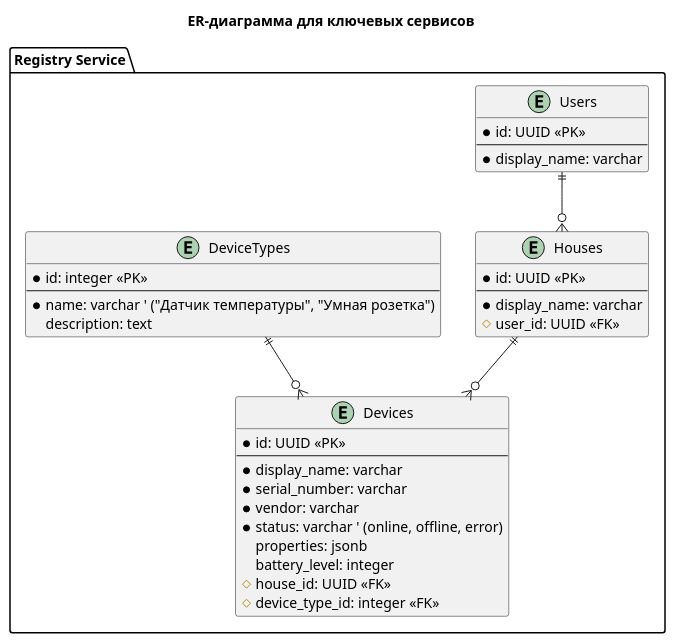
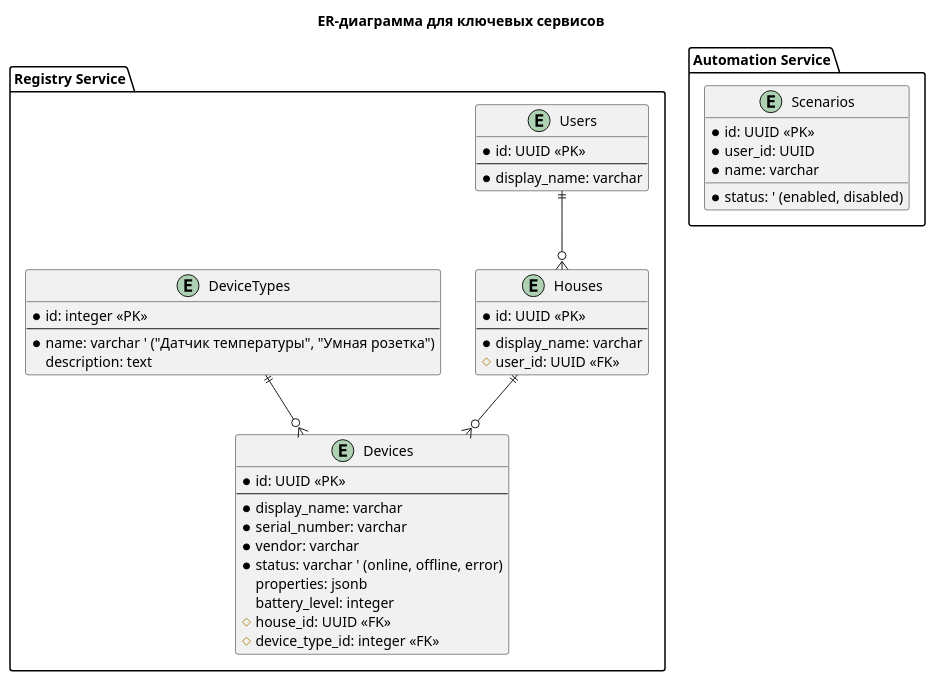
One commit to Manjago/arch-pro-sprint1 changed the diagram in docs/diagrams/ER_Diagram_CoreServices.puml. Above: the diagram before and after it, drawn with PlantUML.

Commit message:
entity "Scenarios"

```diff
--- a/docs/diagrams/ER_Diagram_CoreServices.puml
+++ b/docs/diagrams/ER_Diagram_CoreServices.puml
@@ -1,67 +1,82 @@
 @startuml ER_Diagram_CoreServices
 
 title ER-диаграмма для ключевых сервисов
 
 package "Registry Service" {
 
 entity "Users" {
   ' Уникальный идентификатор, синхронизируется с Users Service
   * id: UUID <<PK>>
   --
   ' Отображаемое имя, используется в интерфейсах поддержки
   * display_name: varchar
 }
 
 entity "Houses" {
   ' Уникальный идентификатор дома
   * id: UUID <<PK>>
   --
   ' Отображаемое имя (например, "Дача")
   * display_name: varchar
   ' Внешний ключ на владельца дома
   # user_id: UUID <<FK>>
 }
 
 entity "Devices" {
   ' Уникальный идентификатор устройства
     * id: UUID <<PK>>
     --
   ' Отображаемое имя (например, "Нагреватель в спальне")
     * display_name: varchar
   ' Серийный номер производителя
     * serial_number: varchar
   ' Вендор (по хорошему справочник, но упростим)
     * vendor: varchar
   ' Статус (включен, выключен, поломался)
     * status: varchar ' (online, offline, error)
   ' Дополнительные свойства
     properties: jsonb
   ' Уроверь батареи, в процентах
     battery_level: integer
   ' Внешний ключ на дом
     # house_id: UUID <<FK>>
   ' Внешний ключ на тип устройства
     # device_type_id: integer <<FK>>
   }
 
 entity "DeviceTypes" {
   ' Уникальный идентификатор типа устройства
     * id: integer <<PK>>
     --
   ' Имя 
     * name: varchar ' ("Датчик температуры", "Умная розетка")
     description: text
   }
 
 
 ' У одного пользователя может быть 0 или больше домов
   Users ||--o{ Houses
 ' В доме может не быть устройств (ил ибыть много)
   Houses ||--o{ Devices
 ' Мы можем знать об тип устройств, но их пока нет
   DeviceTypes ||--o{ Devices
 }
 
+package "Automation Service" {
+
+entity "Scenarios" {
+' Идентификатор сценария    
+  * id: UUID <<PK>>
+' Идентификатор пользователя, синхронизируется с Users Service
+  * user_id: UUID
+' Человекочитаемое наименование сценария
+  * name: varchar
+' Сценарий активен или приостановлен (enum более расширяемо, чем просто ищщдуфт)
+  * status: ' (enabled, disabled)
+}
+
+}
+
 
 
 @enduml
```
